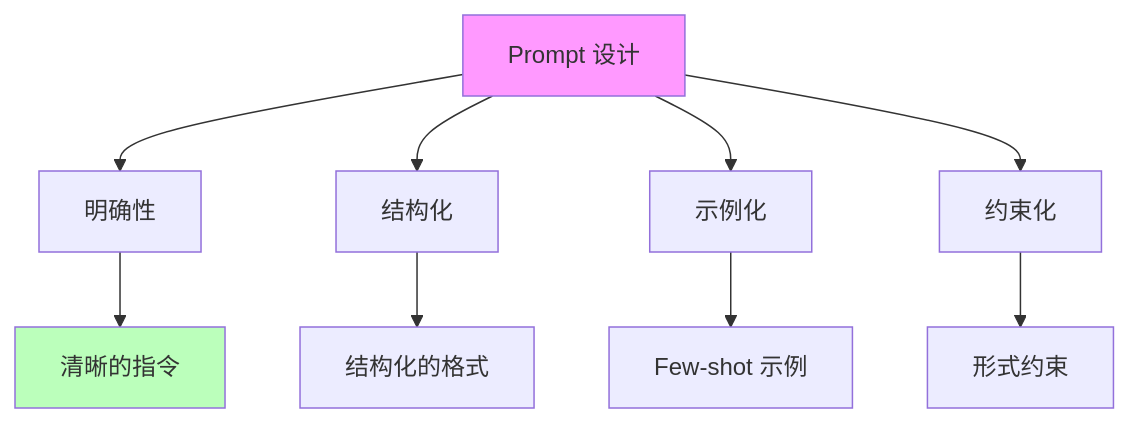
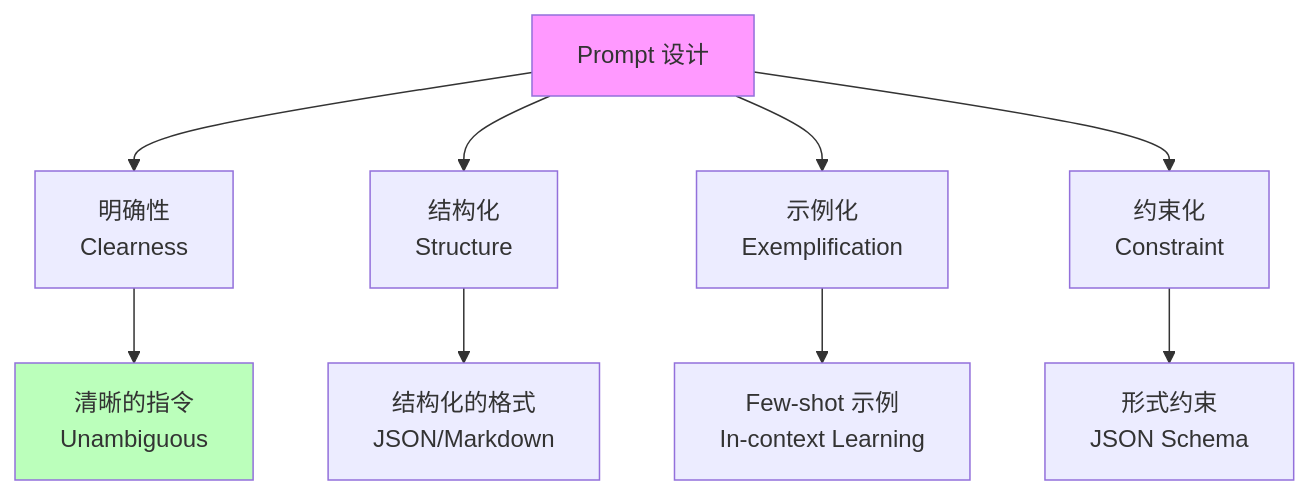
The first of 10 diagrams in concepts/01-AI三层模型架构/01.2.2-Prompt工程与ReAct循环.md (AdaMartin18010/FormalAI), drawn with Mermaid before and after one commit. The commit also changed other lines of this file and 126 other files, not shown here.

````diff
--- a/concepts/01-AI三层模型架构/01.2.2-Prompt工程与ReAct循环.md
+++ b/concepts/01-AI三层模型架构/01.2.2-Prompt工程与ReAct循环.md
@@ -42,15 +44,15 @@
 ```mermaid
 graph TB
-    A[Prompt 设计] --> B[明确性]
-    A --> C[结构化]
-    A --> D[示例化]
-    A --> E[约束化]
+    A[Prompt 设计] --> B[明确性<br>Clearness]
+    A --> C[结构化<br>Structure]
+    A --> D[示例化<br>Exemplification]
+    A --> E[约束化<br>Constraint]
 
-    B --> F[清晰的指令]
-    C --> G[结构化的格式]
-    D --> H[Few-shot 示例]
-    E --> I[形式约束]
+    B --> F[清晰的指令<br>Unambiguous]
+    C --> G[结构化的格式<br>JSON/Markdown]
+    D --> H[Few-shot 示例<br>In-context Learning]
+    E --> I[形式约束<br>JSON Schema]
 
     style A fill:#f9f
     style F fill:#bfb
 ```
````
